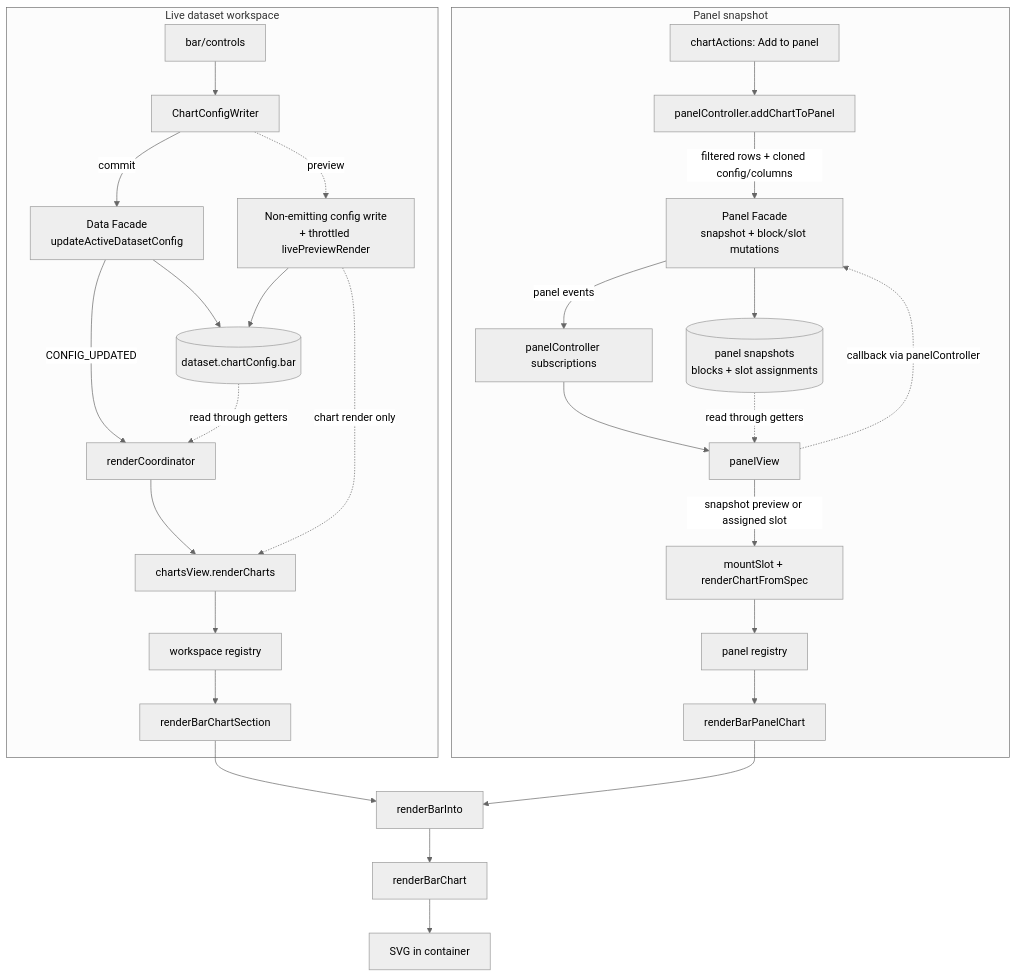
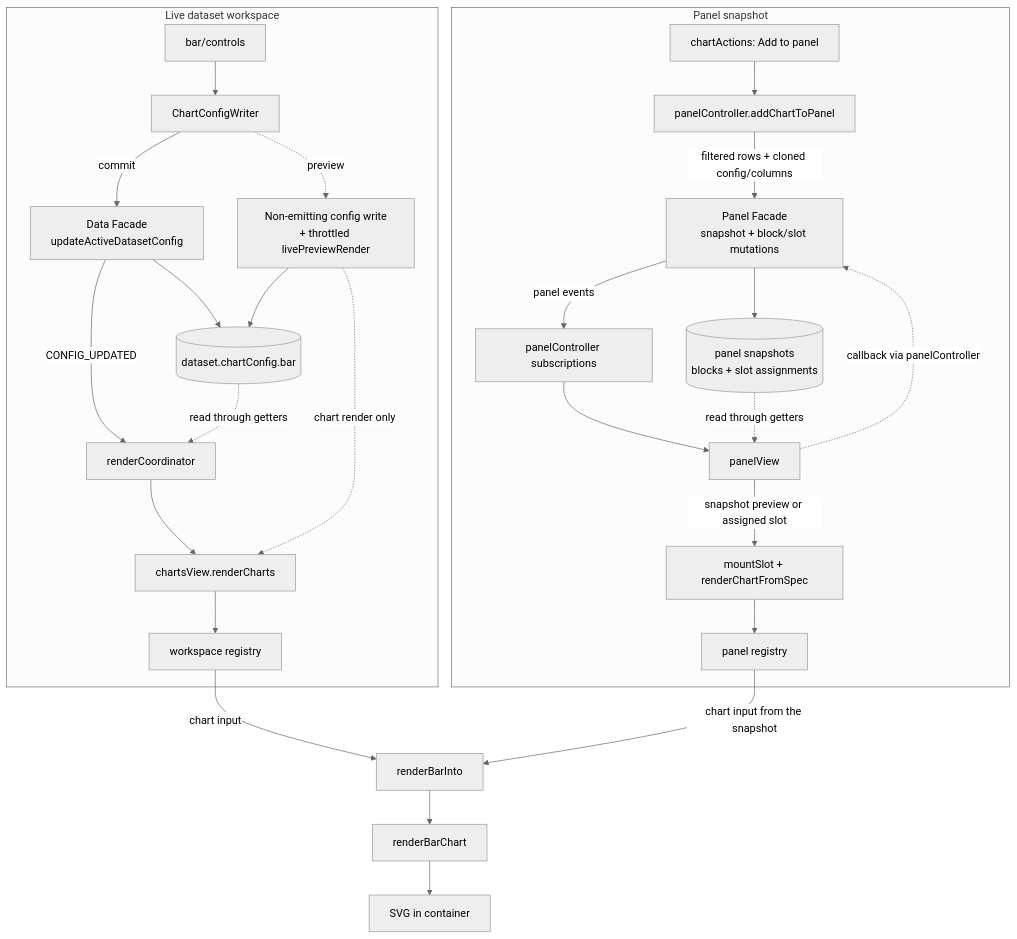
Before and after one commit to GabrielInada/CHIVE: the diagram in docs/development/charts/bar.md, drawn with Mermaid (neutral theme). The commit also changed other lines of this file and 73 other files, not shown here.

````diff
--- a/docs/development/charts/bar.md
+++ b/docs/development/charts/bar.md
@@ -121,34 +119,32 @@
 ```mermaid
 flowchart TB
     subgraph LIVE["Live dataset workspace"]
         CONTROLS["bar/controls"] --> WRITER["ChartConfigWriter"]
         WRITER -- commit --> DFACADE["Data Facade<br/>updateActiveDatasetConfig"]
         DFACADE --> DSTATE[("dataset.chartConfig.bar")]
         DFACADE -- CONFIG_UPDATED --> COORD["renderCoordinator"]
         DSTATE -. read through getters .-> COORD
         WRITER -. preview .-> PREVIEW["Non-emitting config write<br/>+ throttled livePreviewRender"]
         PREVIEW --> DSTATE
         COORD --> CHARTSVIEW["chartsView.renderCharts"]
         PREVIEW -. chart render only .-> CHARTSVIEW
         CHARTSVIEW --> WREG["workspace registry"]
-        WREG --> WSECTION["renderBarChartSection"]
     end
 
     subgraph SAVED["Panel snapshot"]
         ACTION["chartActions: Add to panel"] --> PCAPTURE["panelController.addChartToPanel"]
         PCAPTURE -- filtered rows + cloned config/columns --> PFACADE["Panel Facade<br/>snapshot + block/slot mutations"]
         PFACADE --> PSTATE[("panel snapshots<br/>blocks + slot assignments")]
         PFACADE -- panel events --> PSUB["panelController subscriptions"]
         PSUB --> PVIEW["panelView"]
         PSTATE -. read through getters .-> PVIEW
         PVIEW -. callback via panelController .-> PFACADE
         PVIEW -- snapshot preview or assigned slot --> MOUNT["mountSlot + renderChartFromSpec"]
         MOUNT --> PREG["panel registry"]
-        PREG --> ADAPTER["renderBarPanelChart"]
     end
 
-    WSECTION --> PRESENT["renderBarInto"]
-    ADAPTER --> PRESENT
+    WREG -- chart input --> PRESENT["renderBarInto"]
+    PREG -- chart input from the snapshot --> PRESENT
     PRESENT --> RENDERER["renderBarChart"]
     RENDERER --> OUTPUT["SVG in container"]
 ```
````
